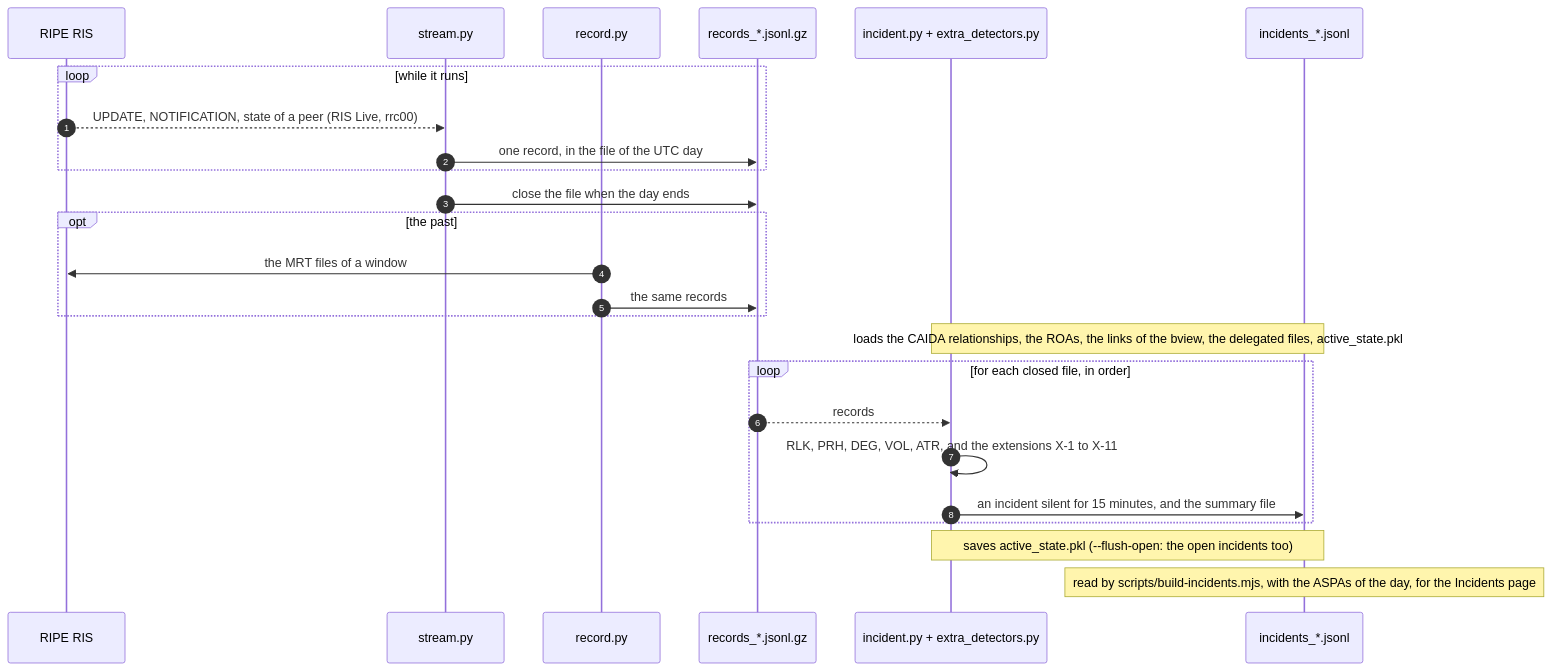
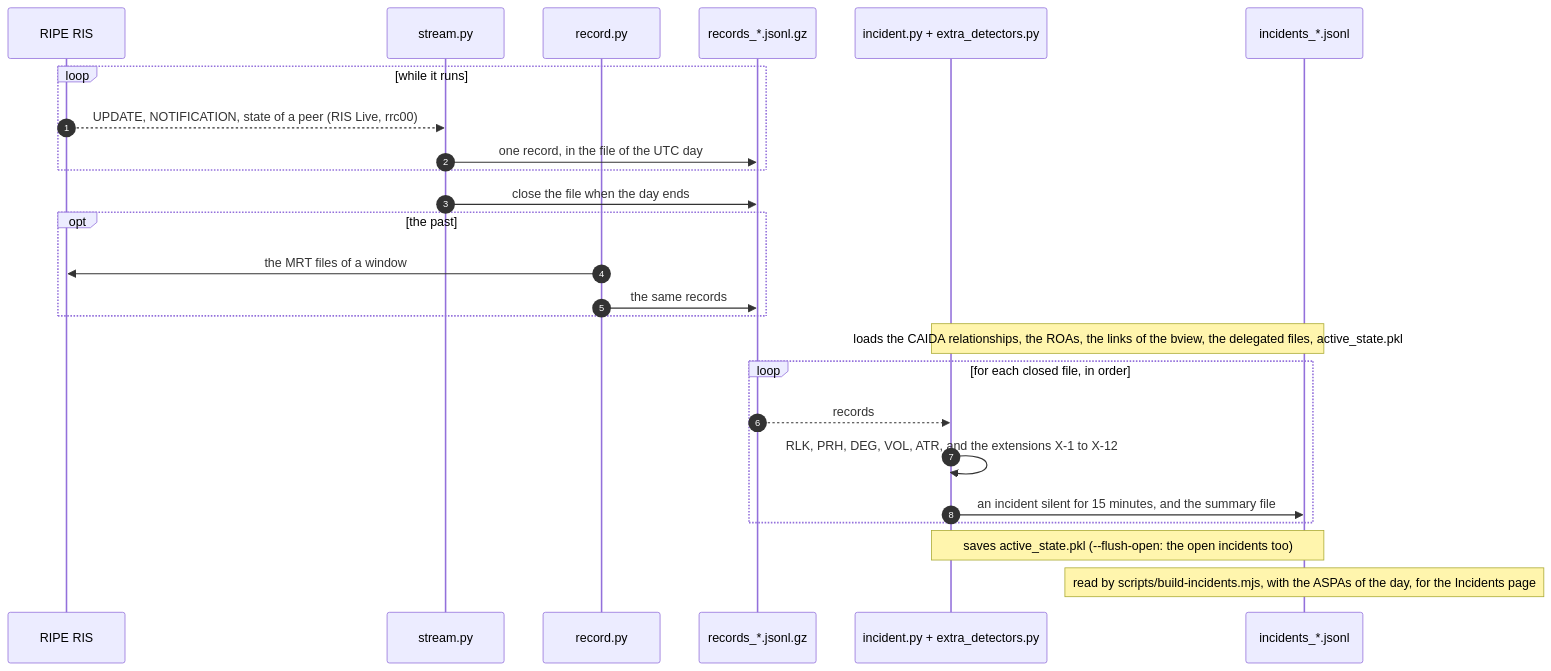
The diagram in tools/data_scripts/README.md (Antonio-Prado/aspa-explorer), drawn with Mermaid before and after one commit. The commit also changed other lines of this file and 58 other files, not shown here.

````diff
--- a/tools/data_scripts/README.md
+++ b/tools/data_scripts/README.md
@@ -11,30 +11,30 @@
 ```mermaid
 sequenceDiagram
     autonumber
     participant RIS as RIPE RIS
     participant S as stream.py
     participant R as record.py
     participant D as records_*.jsonl.gz
     participant I as incident.py + extra_detectors.py
     participant O as incidents_*.jsonl
 
     loop while it runs
         RIS-->>S: UPDATE, NOTIFICATION, state of a peer (RIS Live, rrc00)
         S->>D: one record, in the file of the UTC day
     end
     S->>D: close the file when the day ends
 
     opt the past
         R->>RIS: the MRT files of a window
         R->>D: the same records
     end
 
     Note over I,O: loads the CAIDA relationships, the ROAs, the links of the bview, the delegated files, active_state.pkl
     loop for each closed file, in order
         D-->>I: records
-        I->>I: RLK, PRH, DEG, VOL, ATR, and the extensions X-1 to X-11
+        I->>I: RLK, PRH, DEG, VOL, ATR, and the extensions X-1 to X-12
         I->>O: an incident silent for 15 minutes, and the summary file
     end
     Note over I,O: saves active_state.pkl (--flush-open: the open incidents too)
     Note over O: read by scripts/build-incidents.mjs, with the ASPAs of the day, for the Incidents page
 ```
````
